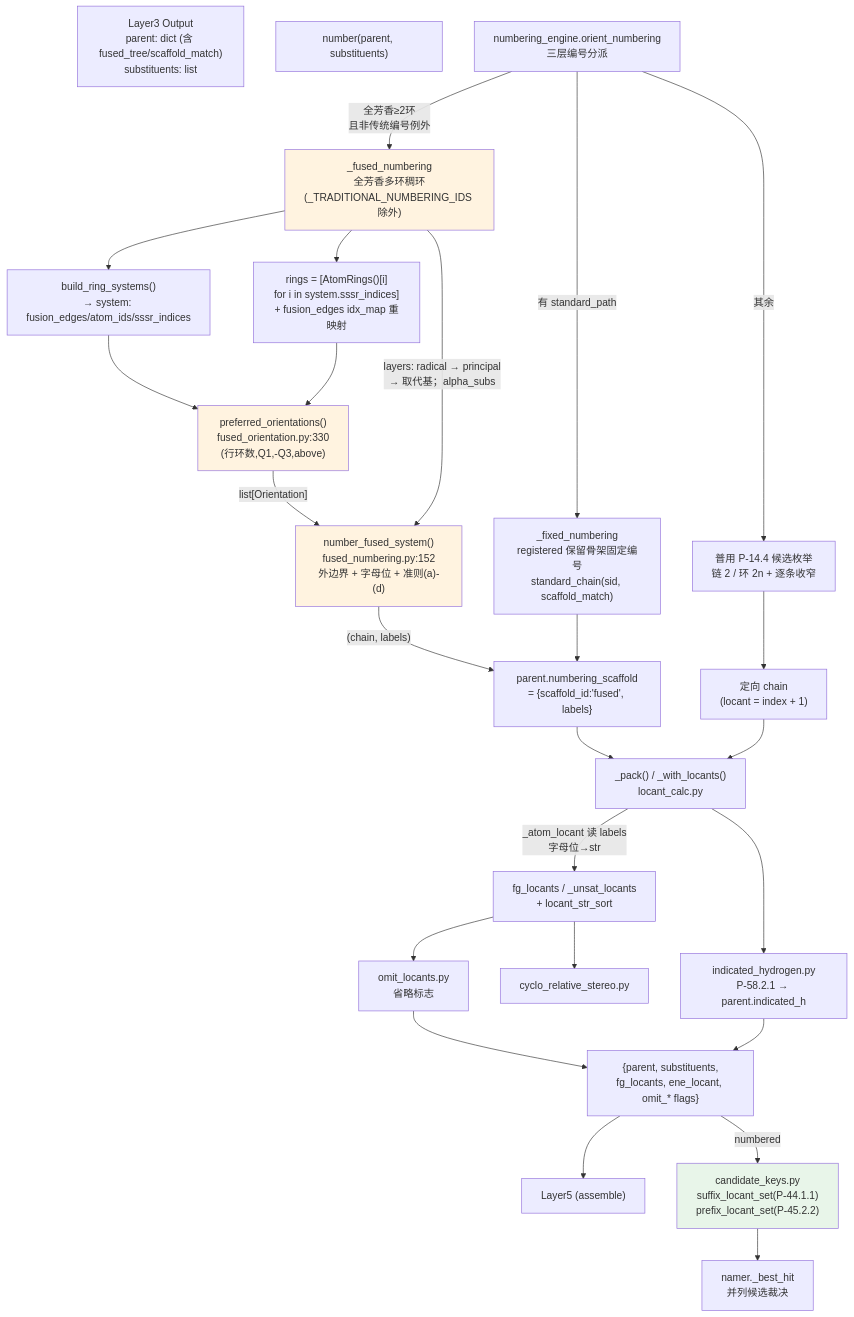
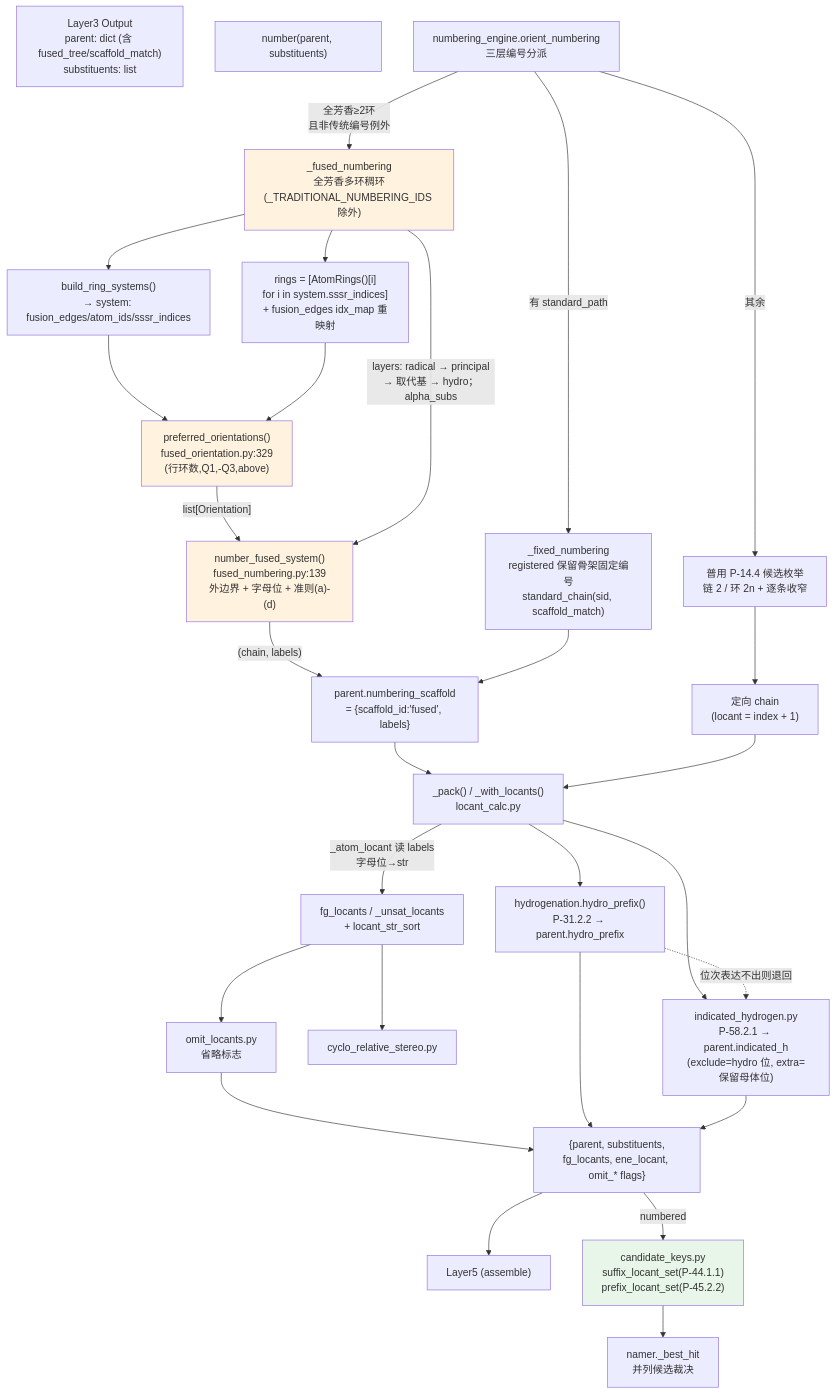
One commit to zouxiaofei1/OpenSMILES changed the diagram in docs/wiki/architecture/layer4-numbering.md. Above: the diagram before and after it, drawn with Mermaid. The commit also changed other lines of this file and 17 other files, not shown here.

````diff
--- a/docs/wiki/architecture/layer4-numbering.md
+++ b/docs/wiki/architecture/layer4-numbering.md
@@ -269,42 +302,45 @@
 ```mermaid
 flowchart TD
     L3["Layer3 Output<br/>parent: dict (含 fused_tree/scaffold_match)<br/>substituents: list"]
     NUM["number(parent, substituents)"]
     ORIENT["numbering_engine.orient_numbering<br/>三层编号分派"]
 
     LEFT["_fixed_numbering<br/>registered 保留骨架固定编号<br/>standard_chain(sid, scaffold_match)"]
     FUSED["_fused_numbering<br/>全芳香多环稠环<br/>(_TRADITIONAL_NUMBERING_IDS 除外)"]
     GEN["普用 P-14.4 候选枚举<br/>链 2 / 环 2n + 逐条收窄"]
 
     ORIENT -->|"有 standard_path"| LEFT
     ORIENT -->|"全芳香≥2环<br/>且非传统编号例外"| FUSED
     ORIENT -->|"其余"| GEN
 
     FUSED --> BRS["build_ring_systems()<br/>→ system: fusion_edges/atom_ids/sssr_indices"]
     FUSED --> RINGS["rings = [AtomRings()[i]<br/>for i in system.sssr_indices]<br/>+ fusion_edges idx_map 重映射"]
-    BRS --> ORIENT2["preferred_orientations()<br/>fused_orientation.py:330<br/>(行环数,Q1,-Q3,above)"]
+    BRS --> ORIENT2["preferred_orientations()<br/>fused_orientation.py:329<br/>(行环数,Q1,-Q3,above)"]
     RINGS --> ORIENT2
-    ORIENT2 -->|"list[Orientation]"| NF["number_fused_system()<br/>fused_numbering.py:152<br/>外边界 + 字母位 + 准则(a)-(d)"]
-    FUSED -->|"layers: radical → principal<br/>→ 取代基；alpha_subs"| NF
+    ORIENT2 -->|"list[Orientation]"| NF["number_fused_system()<br/>fused_numbering.py:139<br/>外边界 + 字母位 + 准则(a)-(d)"]
+    FUSED -->|"layers: radical → principal<br/>→ 取代基 → hydro；alpha_subs"| NF
     NF -->|"(chain, labels)"| SCAFF["parent.numbering_scaffold<br/>= {scaffold_id:'fused', labels}"]
     LEFT --> SCAFF
 
     SCAFF --> PACK["_pack() / _with_locants()<br/>locant_calc.py"]
     PACK -->|"_atom_locant 读 labels<br/>字母位→str"| LOCS["fg_locants / _unsat_locants<br/>+ locant_str_sort"]
     LOCS --> OMIT["omit_locants.py<br/>省略标志"]
     LOCS --> STEREO["cyclo_relative_stereo.py"]
-    PACK --> IH["indicated_hydrogen.py<br/>P-58.2.1 → parent.indicated_h"]
+    PACK --> HY["hydrogenation.hydro_prefix()<br/>P-31.2.2 → parent.hydro_prefix"]
+    PACK --> IH["indicated_hydrogen.py<br/>P-58.2.1 → parent.indicated_h<br/>(exclude=hydro 位, extra=保留母体位)"]
+    HY -.->|"位次表达不出则退回"| IH
     OMIT --> OUT["{parent, substituents,<br/>fg_locants, ene_locant, omit_* flags}"]
+    HY --> OUT
     IH --> OUT
     OUT --> L5["Layer5 (assemble)"]
 
     OUT -->|"numbered"| CK["candidate_keys.py<br/>suffix_locant_set(P-44.1.1)<br/>prefix_locant_set(P-45.2.2)"]
     CK --> NAMER["namer._best_hit<br/>并列候选裁决"]
 
     GEN --> CHAIN["定向 chain<br/>(locant = index + 1)"]
     CHAIN --> PACK
     style FUSED fill:#fff3e0
     style NF fill:#fff3e0
     style ORIENT2 fill:#fff3e0
     style CK fill:#e8f5e9
 ```
````
